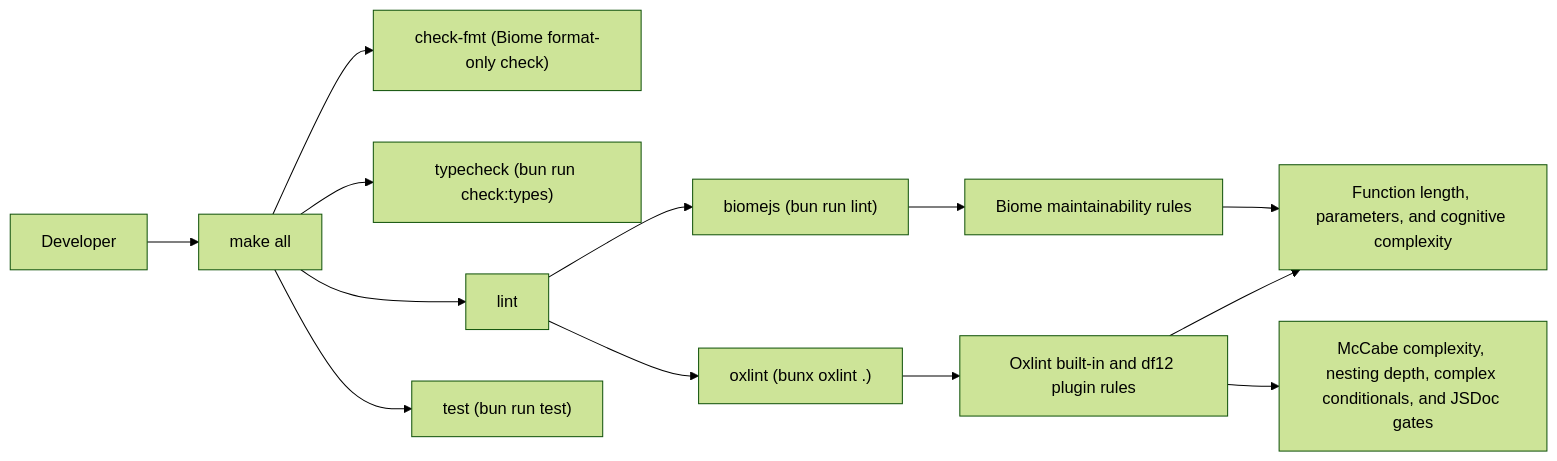
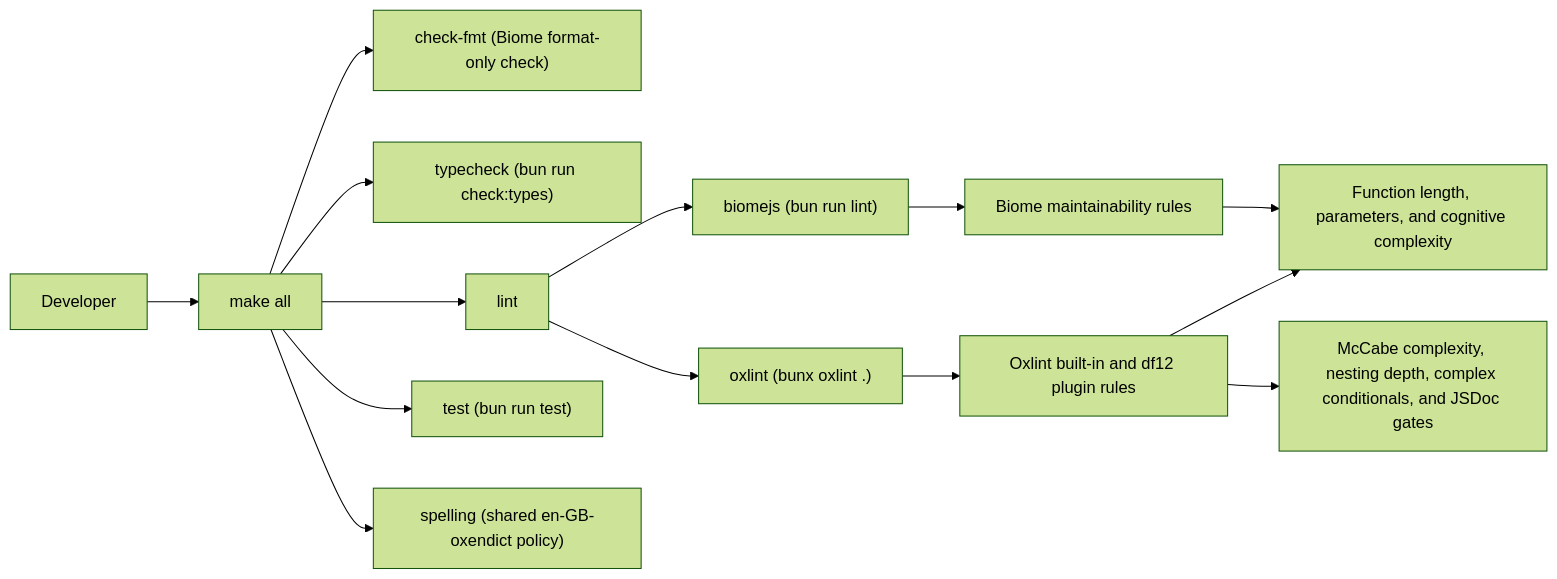
The diagram in docs/development.md (leynos/simulacat-core), drawn with Mermaid (forest theme) before and after one commit. The commit also changed other lines of this file and 15 other files, not shown here.

````diff
--- a/docs/development.md
+++ b/docs/development.md
@@ -38,18 +48,19 @@
 ```mermaid
 flowchart LR
   Developer[Developer] --> make_all[make all]
 
   make_all --> check_fmt["check-fmt (Biome format-only check)"]
   make_all --> typecheck["typecheck (bun run check:types)"]
   make_all --> lint[lint]
   make_all --> test["test (bun run test)"]
+  make_all --> spelling["spelling (shared en-GB-oxendict policy)"]
 
   lint --> biomejs["biomejs (bun run lint)"]
   lint --> oxlint["oxlint (bunx oxlint .)"]
 
   biomejs --> biome_rules[Biome maintainability rules]
   oxlint --> oxlint_rules[Oxlint built-in and df12 plugin rules]
   biome_rules --> gates[Function length, parameters, and cognitive complexity]
   oxlint_rules --> gates
   oxlint_rules --> jsdoc_gates[McCabe complexity, nesting depth, complex conditionals, and JSDoc gates]
 ```
````
